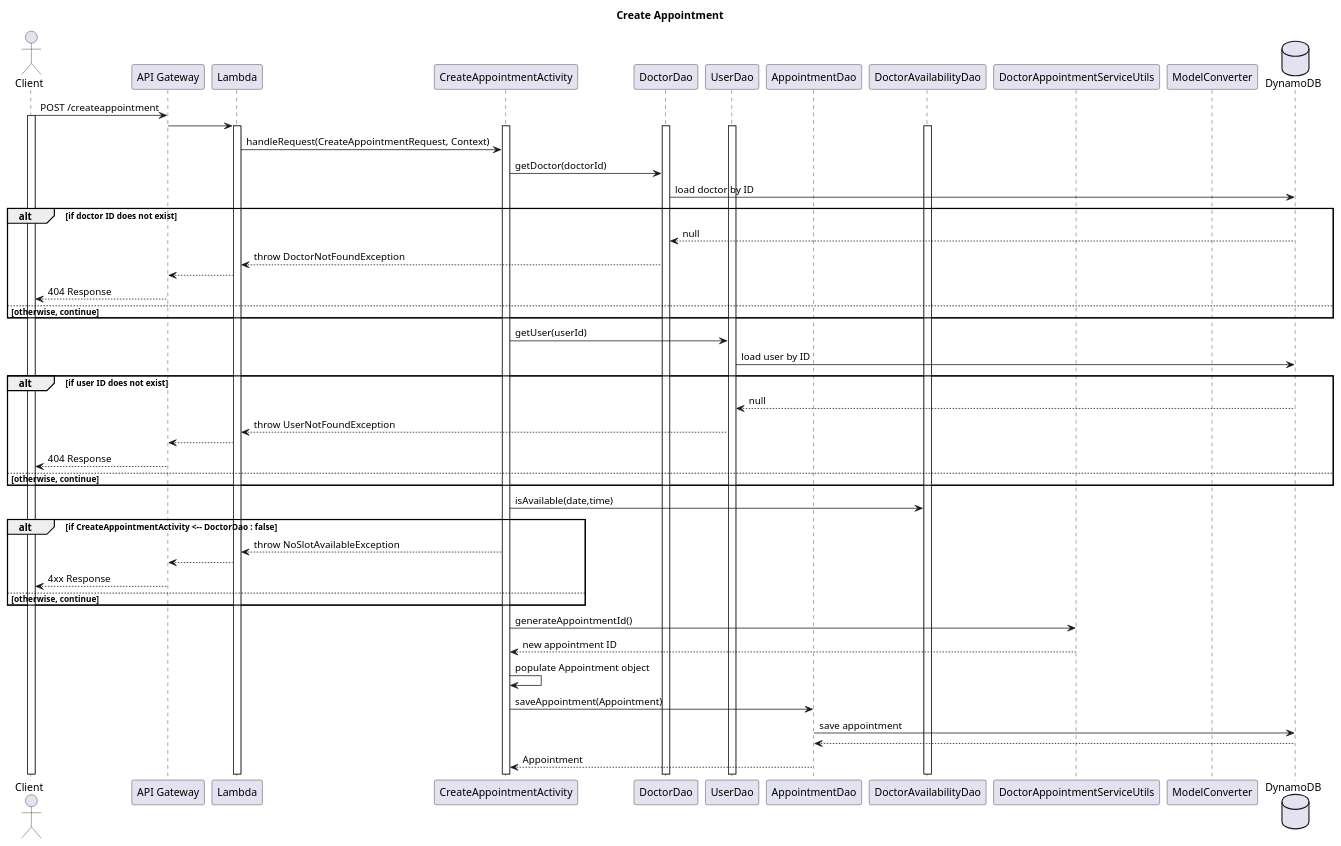
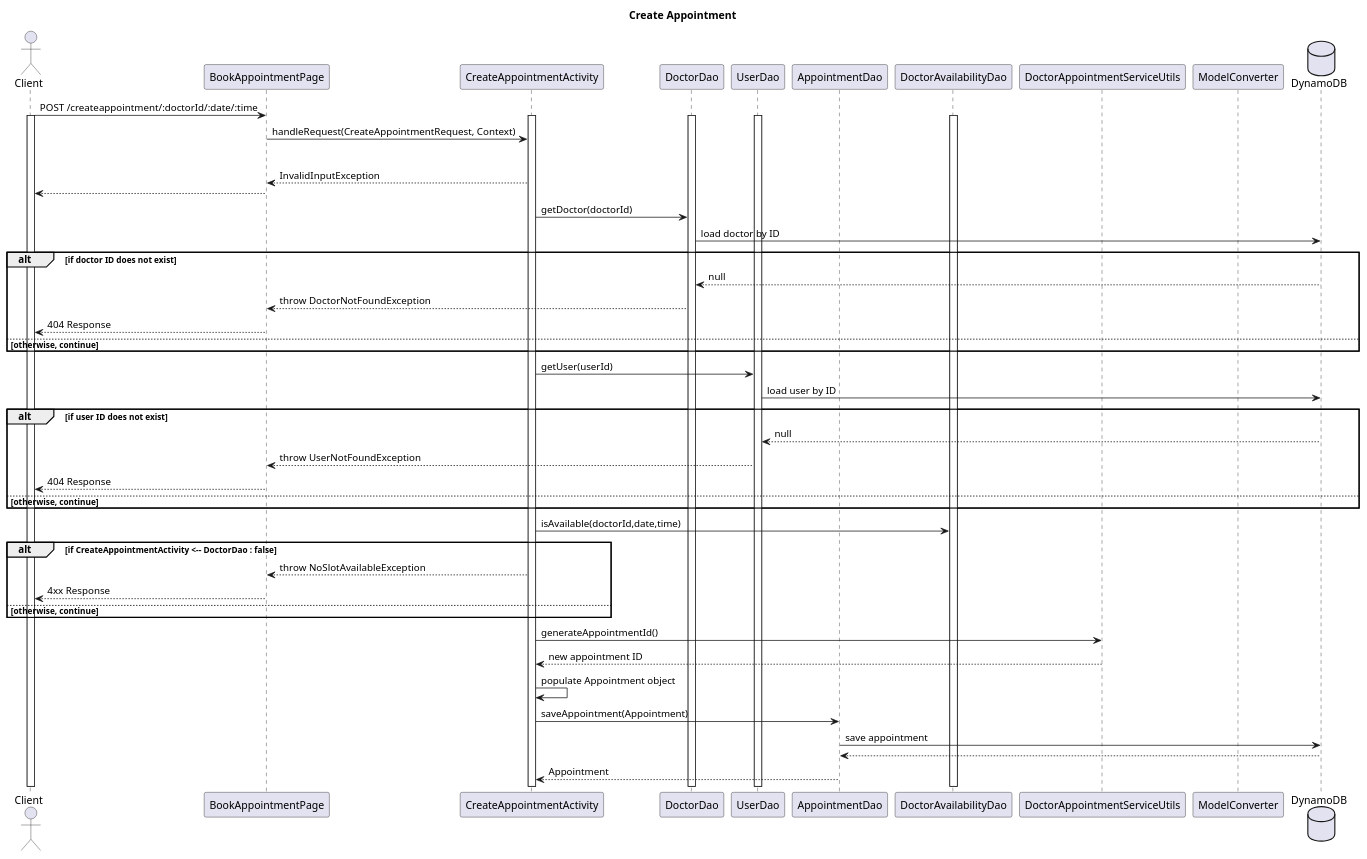
Before and after one commit to BloomTechBackend/bd-team-project-priyanka: the diagram in project_documents/create-appointmentSD.puml, drawn with PlantUML. The commit also changed 11 other files, not shown here.

```diff
--- a/project_documents/create-appointmentSD.puml
+++ b/project_documents/create-appointmentSD.puml
@@ -1,62 +1,59 @@
 @startuml
 title Create Appointment
 
 actor Client
-participant "API Gateway" as APIGateway
-participant Lambda
+participant BookAppointmentPage
 participant CreateAppointmentActivity
 participant DoctorDao
 participant UserDao
 participant AppointmentDao
 participant DoctorAvailabilityDao
 participant DoctorAppointmentServiceUtils
 participant ModelConverter
 database DynamoDB
 
-Client -> APIGateway : POST /createappointment
+Client -> BookAppointmentPage : POST /createappointment/:doctorId/:date/:time
 activate Client
-APIGateway -> Lambda
-activate Lambda
 activate CreateAppointmentActivity
 activate DoctorDao
 activate UserDao
 activate DoctorAvailabilityDao
-Lambda -> CreateAppointmentActivity :  handleRequest(CreateAppointmentRequest, Context)
+BookAppointmentPage -> CreateAppointmentActivity :  handleRequest(CreateAppointmentRequest, Context)
+alt if doctorId or date or time is not given
+    BookAppointmentPage <-- CreateAppointmentActivity : InvalidInputException
+    Client <-- BookAppointmentPage
 CreateAppointmentActivity -> DoctorDao : getDoctor(doctorId)
 DoctorDao -> DynamoDB : load doctor by ID
 alt if doctor ID does not exist
     DoctorDao <-- DynamoDB : null
-    Lambda <-- DoctorDao : throw DoctorNotFoundException
-    APIGateway <-- Lambda
-    Client <-- APIGateway : 404 Response
+    BookAppointmentPage <-- DoctorDao : throw DoctorNotFoundException
+    Client <-- BookAppointmentPage : 404 Response
 else otherwise, continue
 end
 CreateAppointmentActivity -> UserDao : getUser(userId)
 UserDao -> DynamoDB : load user by ID
 alt if user ID does not exist
     UserDao <-- DynamoDB : null
-    Lambda <-- UserDao : throw UserNotFoundException
-    APIGateway <-- Lambda
-    Client <-- APIGateway : 404 Response
+    BookAppointmentPage <-- UserDao : throw UserNotFoundException
+    Client <-- BookAppointmentPage : 404 Response
 else otherwise, continue
 end
-CreateAppointmentActivity -> DoctorAvailabilityDao : isAvailable(date,time)
+CreateAppointmentActivity -> DoctorAvailabilityDao : isAvailable(doctorId,date,time)
 alt if CreateAppointmentActivity <-- DoctorDao : false
-     Lambda <-- CreateAppointmentActivity : throw NoSlotAvailableException
-     APIGateway <-- Lambda
-     Client <-- APIGateway : 4xx Response
+     BookAppointmentPage <-- CreateAppointmentActivity : throw NoSlotAvailableException
+     Client <-- BookAppointmentPage : 4xx Response
 else otherwise, continue
 end
 
 CreateAppointmentActivity -> DoctorAppointmentServiceUtils : generateAppointmentId()
 CreateAppointmentActivity <-- DoctorAppointmentServiceUtils : new appointment ID
 
 CreateAppointmentActivity -> CreateAppointmentActivity : populate Appointment object
 CreateAppointmentActivity -> AppointmentDao : saveAppointment(Appointment)
 AppointmentDao -> DynamoDB : save appointment
 AppointmentDao <-- DynamoDB
 CreateAppointmentActivity <-- AppointmentDao : Appointment
 
 
 
 @enduml
```
